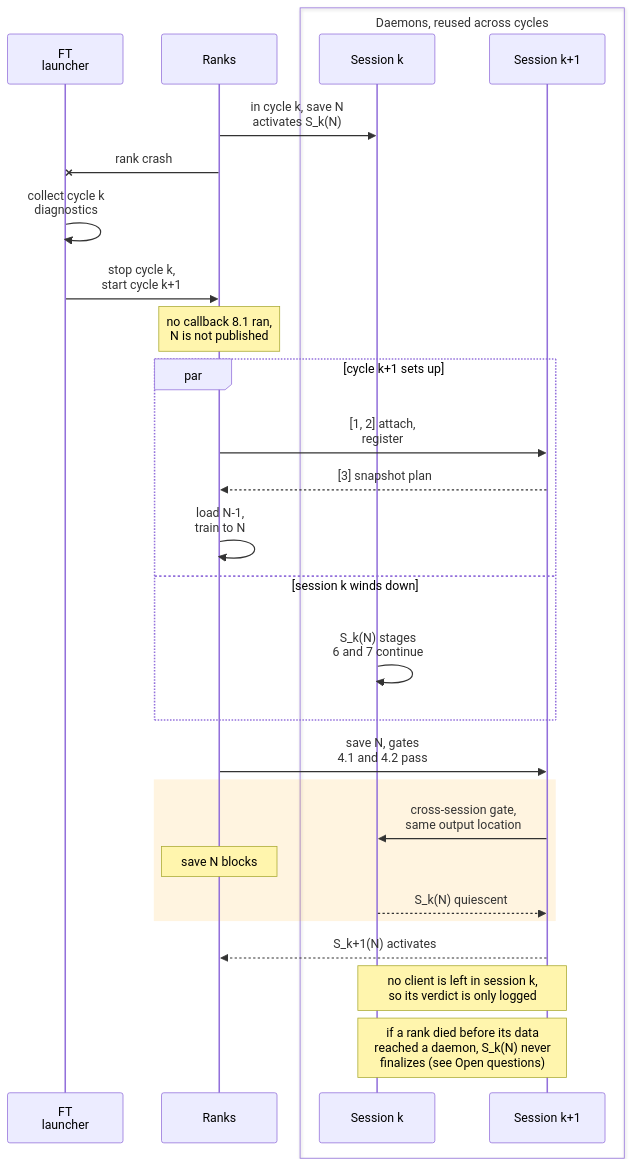
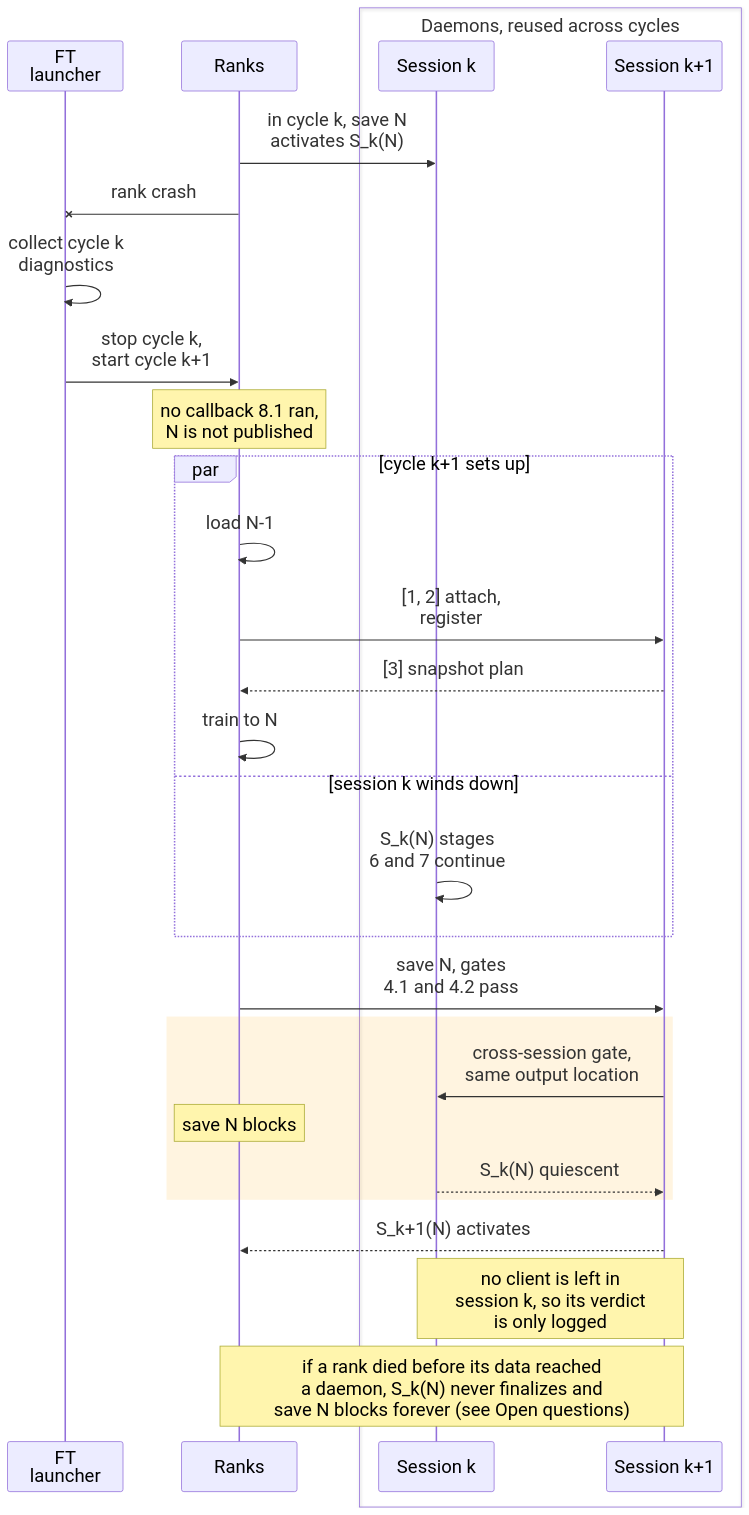
The fourth of 5 diagrams in docs/Design.md (ankurv-nvidia/nvrx_checkpointing), drawn with Mermaid before and after one commit. The commit also changed other lines of this file, not shown here.

````diff
--- a/docs/Design.md
+++ b/docs/Design.md
@@ -424,32 +423,33 @@
 ```mermaid
-%%{init: {"sequence": {"actorFontSize": 28, "messageFontSize": 28, "noteFontSize": 28, "labelBoxWidth": 100, "labelBoxHeight": 40}}}%%
+%%{init: {"fontSize": 24, "sequence": {"labelBoxWidth": 80, "labelBoxHeight": 34}}}%%
 sequenceDiagram
     participant FT as FT<br/>launcher
     participant R as Ranks
     box Daemons, reused across cycles
         participant SK as Session k
         participant SK1 as Session k+1
     end
 
     R->>SK: in cycle k, save N<br/>activates S_k(N)
     R-xFT: rank crash
     FT->>FT: collect cycle k<br/>diagnostics
     FT->>R: stop cycle k,<br/>start cycle k+1
     Note over R: no callback 8.1 ran,<br/>N is not published
     par cycle k+1 sets up
+        R->>R: load N-1
         R->>SK1: [1, 2] attach,<br/>register
         SK1-->>R: [3] snapshot plan
-        R->>R: load N-1,<br/>train to N
+        R->>R: train to N
     and session k winds down
         SK->>SK: S_k(N) stages<br/>6 and 7 continue
     end
     R->>SK1: save N, gates<br/>4.1 and 4.2 pass
     rect rgba(255,165,0,0.12)
         SK1->>SK: cross-session gate,<br/>same output location
         Note over R: save N blocks
         SK-->>SK1: S_k(N) quiescent
     end
     SK1-->>R: S_k+1(N) activates
-    Note over SK,SK1: no client is left in session k,<br/>so its verdict is only logged
-    Note over SK,SK1: if a rank died before its data<br/>reached a daemon, S_k(N) never<br/>finalizes (see Open questions)
+    Note over SK,SK1: no client is left in<br/>session k, so its verdict<br/>is only logged
+    Note over R,SK1: if a rank died before its data reached<br/>a daemon, S_k(N) never finalizes and<br/>save N blocks forever (see Open questions)
 ```
````
